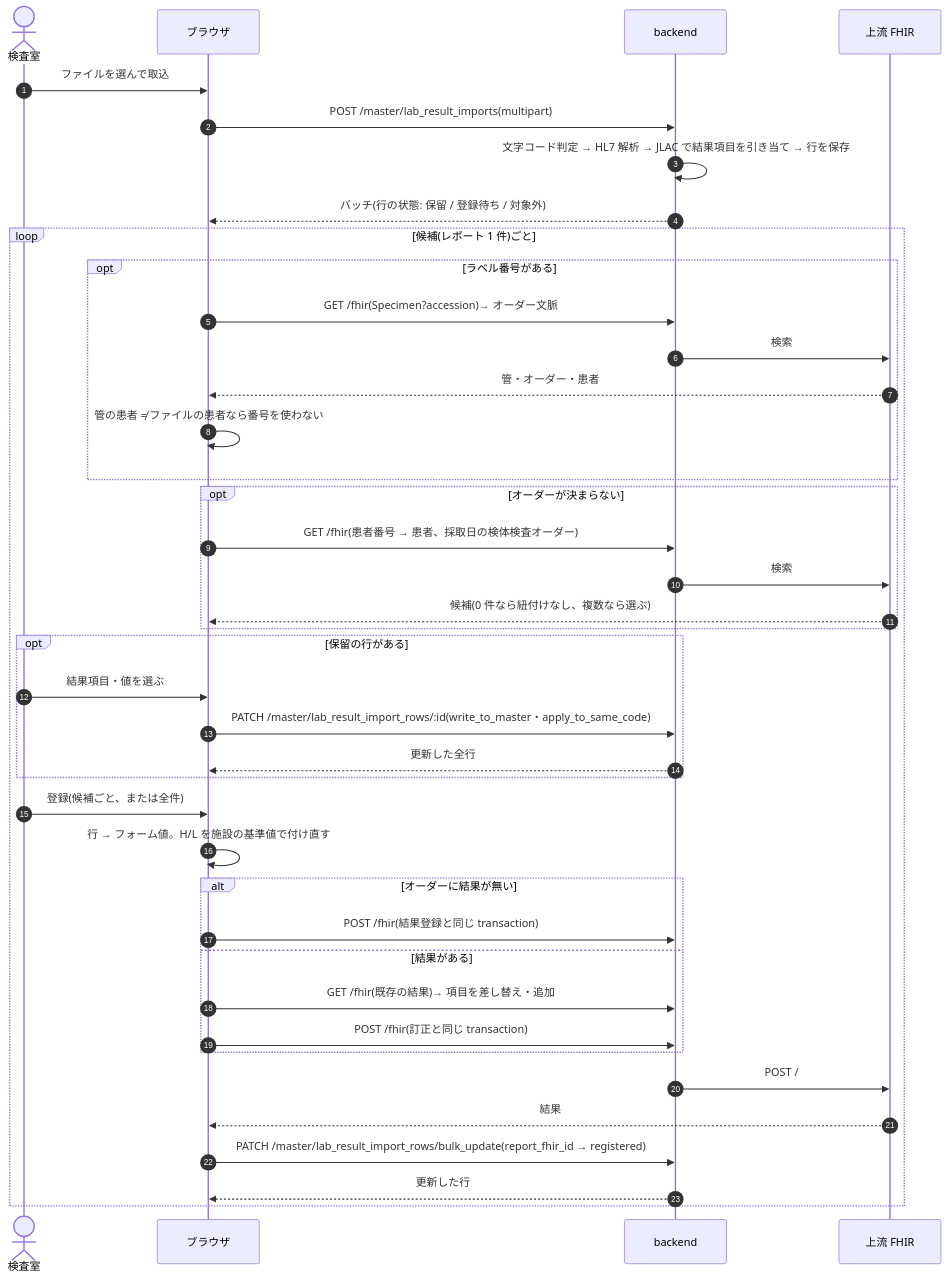
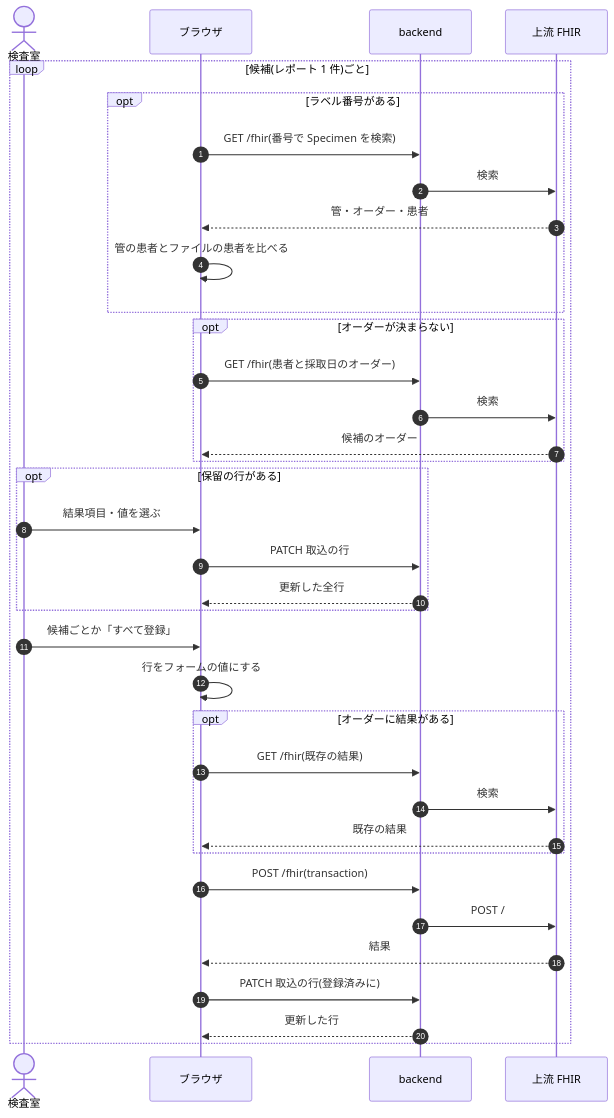
One commit to ysnr-dev/fhir-client-docs changed diagram 12 of 14 in docs/dev/lab.md. Above: the diagram before and after it, drawn with Mermaid. The commit also changed other lines of this file and 43 other files, not shown here.

Commit message:
docs: 業務フローとシーケンス図を写し直し

````diff
--- a/docs/dev/lab.md
+++ b/docs/dev/lab.md
@@ -245,43 +458,39 @@
 ```mermaid
 sequenceDiagram
   autonumber
   actor Tech as 検査室
   participant UI as ブラウザ
   participant BE as backend
   participant FHIR as 上流 FHIR
 
-  Tech->>UI: ファイルを選んで取込
-  UI->>BE: POST /master/lab_result_imports(multipart)
-  BE->>BE: 文字コード判定 → HL7 解析 → JLAC で結果項目を引き当て → 行を保存
-  BE-->>UI: バッチ(行の状態: 保留 / 登録待ち / 対象外)
   loop 候補(レポート 1 件)ごと
     opt ラベル番号がある
-      UI->>BE: GET /fhir(Specimen?accession)→ オーダー文脈
+      UI->>BE: GET /fhir(番号で Specimen を検索)
       BE->>FHIR: 検索
       FHIR-->>UI: 管・オーダー・患者
-      UI->>UI: 管の患者 ≠ ファイルの患者なら番号を使わない
+      UI->>UI: 管の患者とファイルの患者を比べる
     end
     opt オーダーが決まらない
-      UI->>BE: GET /fhir(患者番号 → 患者、採取日の検体検査オーダー)
+      UI->>BE: GET /fhir(患者と採取日のオーダー)
       BE->>FHIR: 検索
-      FHIR-->>UI: 候補(0 件なら紐付けなし、複数なら選ぶ)
+      FHIR-->>UI: 候補のオーダー
     end
     opt 保留の行がある
       Tech->>UI: 結果項目・値を選ぶ
-      UI->>BE: PATCH /master/lab_result_import_rows/:id(write_to_master・apply_to_same_code)
+      UI->>BE: PATCH 取込の行
       BE-->>UI: 更新した全行
     end
-    Tech->>UI: 登録(候補ごと、または全件)
-    UI->>UI: 行 → フォーム値。H/L を施設の基準値で付け直す
-    alt オーダーに結果が無い
-      UI->>BE: POST /fhir(結果登録と同じ transaction)
-    else 結果がある
-      UI->>BE: GET /fhir(既存の結果)→ 項目を差し替え・追加
-      UI->>BE: POST /fhir(訂正と同じ transaction)
+    Tech->>UI: 候補ごとか「すべて登録」
+    UI->>UI: 行をフォームの値にする
+    opt オーダーに結果がある
+      UI->>BE: GET /fhir(既存の結果)
+      BE->>FHIR: 検索
+      FHIR-->>UI: 既存の結果
     end
+    UI->>BE: POST /fhir(transaction)
     BE->>FHIR: POST /
     FHIR-->>UI: 結果
-    UI->>BE: PATCH /master/lab_result_import_rows/bulk_update(report_fhir_id → registered)
+    UI->>BE: PATCH 取込の行(登録済みに)
     BE-->>UI: 更新した行
   end
 ```
````
